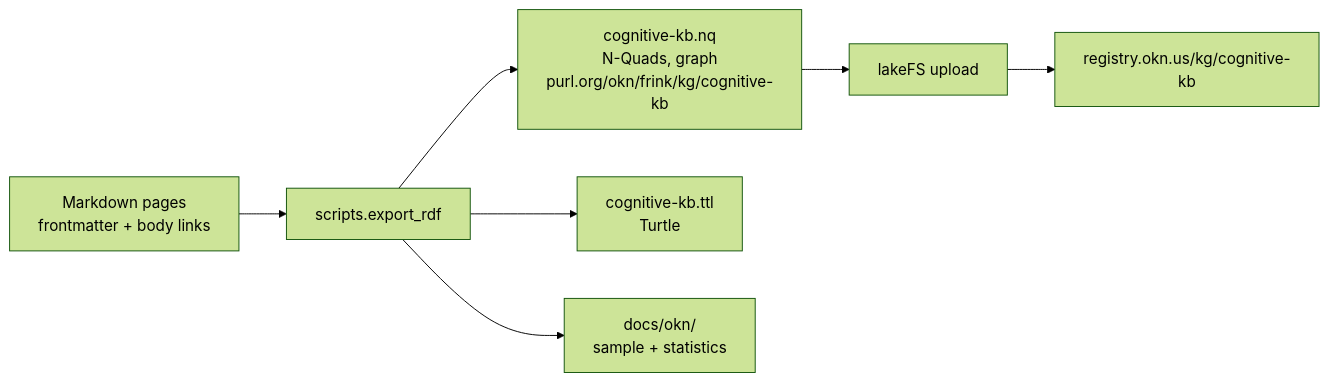
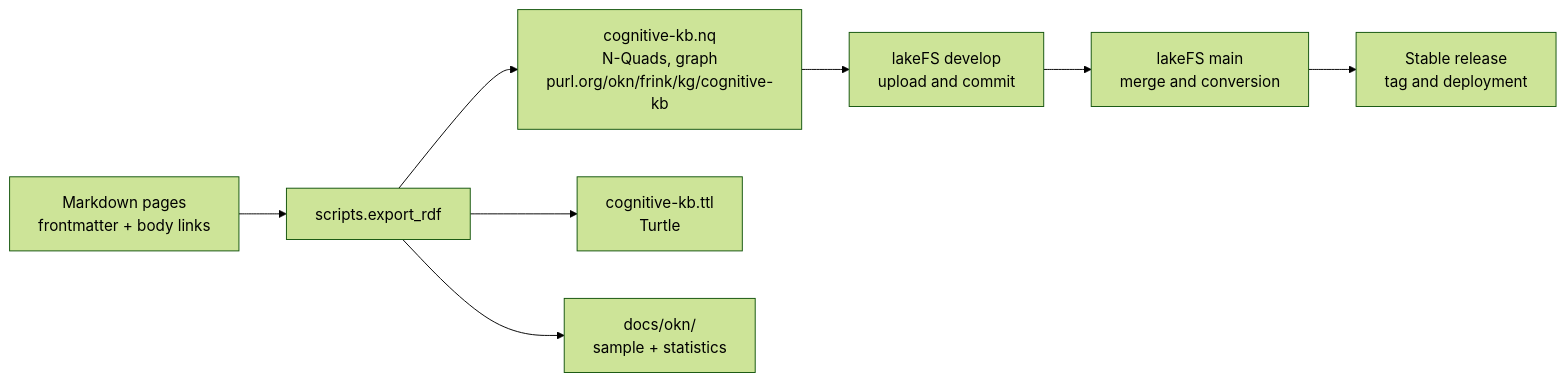
The diagram in docs/okn/README.md (ActiveInferenceInstitute/cognitive), drawn with Mermaid (forest theme) before and after one commit. The commit also changed other lines of this file and 3 other files, not shown here.

Commit message:
docs(okn): document the provisioned lakeFS handoff

````diff
--- a/docs/okn/README.md
+++ b/docs/okn/README.md
@@ -20,9 +20,10 @@
 ```mermaid
 flowchart LR
     P["Markdown pages<br/>frontmatter + body links"] --> E["scripts.export_rdf"]
     E --> NQ["cognitive-kb.nq<br/>N-Quads, graph<br/>purl.org/okn/frink/kg/cognitive-kb"]
     E --> TTL["cognitive-kb.ttl<br/>Turtle"]
     E --> S["docs/okn/<br/>sample + statistics"]
-    NQ --> L["lakeFS upload"]
-    L --> R["registry.okn.us/kg/cognitive-kb"]
+    NQ --> L["lakeFS develop<br/>upload and commit"]
+    L --> M["lakeFS main<br/>merge and conversion"]
+    M --> D["Stable release<br/>tag and deployment"]
 ```
````
